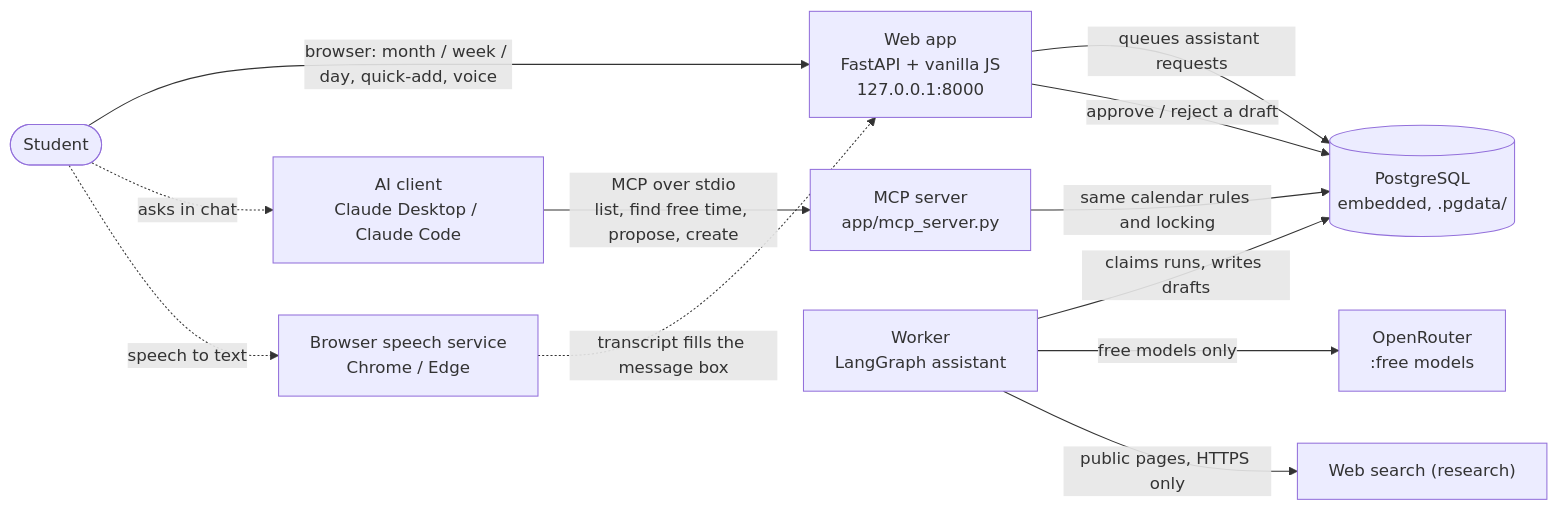
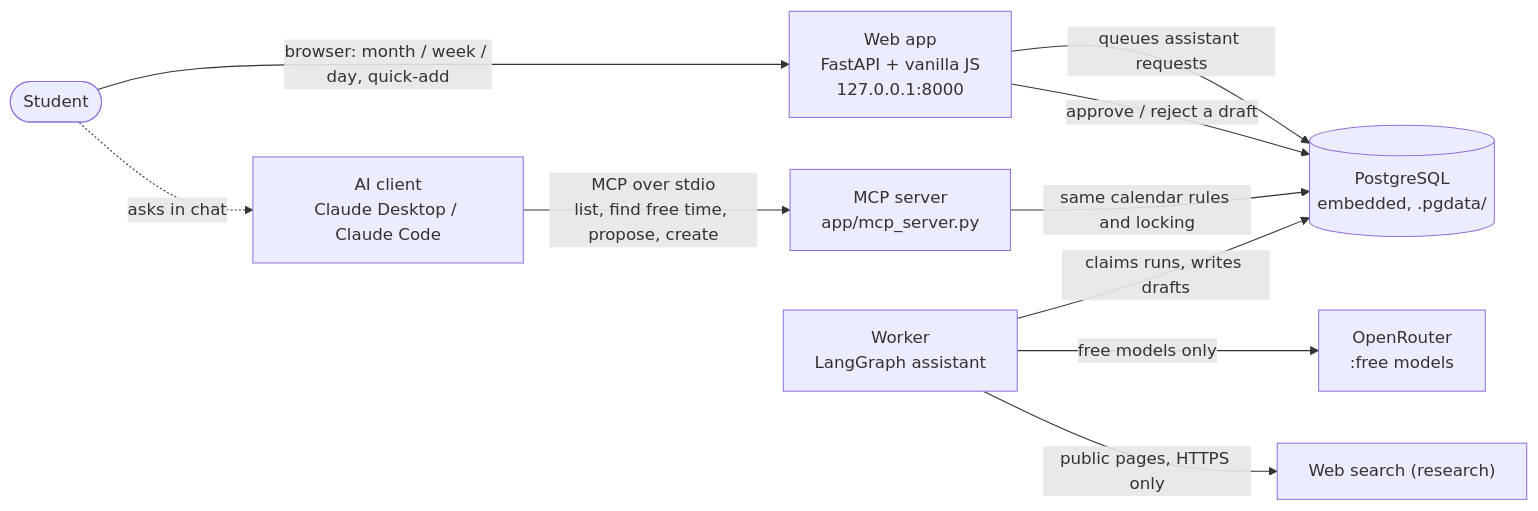
The diagram in docs/demo-architecture.md (vKaran25/AI-Visual-scheduler), drawn with Mermaid before and after one commit. The commit also changed other lines of this file and 36 other files, not shown here.

````diff
--- a/docs/demo-architecture.md
+++ b/docs/demo-architecture.md
@@ -6,16 +6,14 @@
 ```mermaid
 flowchart LR
-  student([Student]) -->|"browser: month / week / day, quick-add, voice"| web["Web app<br/>FastAPI + vanilla JS<br/>127.0.0.1:8000"]
+  student([Student]) -->|"browser: month / week / day, quick-add"| web["Web app<br/>FastAPI + vanilla JS<br/>127.0.0.1:8000"]
   student -.->|"asks in chat"| client["AI client<br/>Claude Desktop / Claude Code"]
   client -->|"MCP over stdio<br/>list, find free time, propose, create"| mcp["MCP server<br/>app/mcp_server.py"]
 
   web -->|"queues assistant requests"| db[("PostgreSQL<br/>embedded, .pgdata/")]
   worker["Worker<br/>LangGraph assistant"] -->|"claims runs, writes drafts"| db
   web -->|"approve / reject a draft"| db
   mcp -->|"same calendar rules and locking"| db
 
   worker -->|"free models only"| llm["OpenRouter<br/>:free models"]
   worker -->|"public pages, HTTPS only"| search["Web search (research)"]
-  student -.->|"speech to text"| speech["Browser speech service<br/>Chrome / Edge"]
-  speech -.->|"transcript fills the message box"| web
 ```
````
